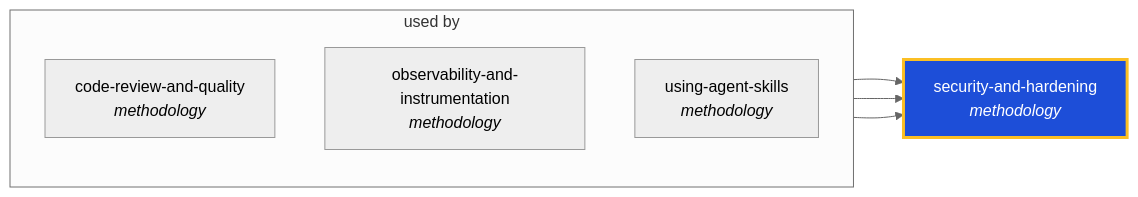
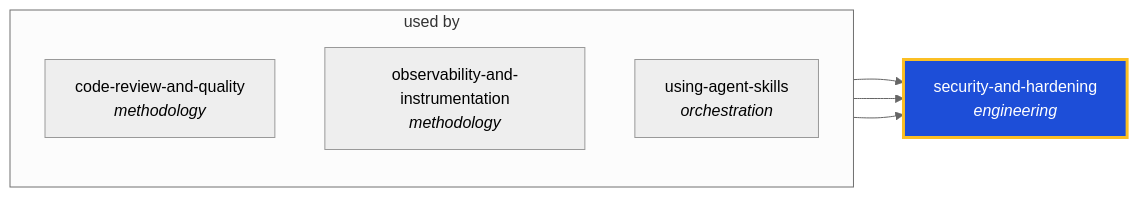
Before and after one commit to ThePlenkov/skills: the diagram in docs/graphs/generated/security-and-hardening.md, drawn with Mermaid (neutral theme). The commit also changed other lines of this file and 76 other files, not shown here.

````diff
--- a/docs/graphs/generated/security-and-hardening.md
+++ b/docs/graphs/generated/security-and-hardening.md
@@ -22,17 +22,17 @@
 ```mermaid
 graph LR
-  security_and_hardening["security-and-hardening<br/><i>methodology</i>"]
+  security_and_hardening["security-and-hardening<br/><i>engineering</i>"]
   classDef center fill:#1d4ed8,stroke:#fbbf24,stroke-width:3px,color:#fff
   class security_and_hardening center
 
   subgraph sg_used_by["used by"]
     direction TB
     code_review_and_quality["code-review-and-quality<br/><i>methodology</i>"]
     observability_and_instrumentation["observability-and-instrumentation<br/><i>methodology</i>"]
-    using_agent_skills["using-agent-skills<br/><i>methodology</i>"]
+    using_agent_skills["using-agent-skills<br/><i>orchestration</i>"]
   end
   code_review_and_quality --> security_and_hardening
   observability_and_instrumentation --> security_and_hardening
   using_agent_skills --> security_and_hardening
 
 ```
````
